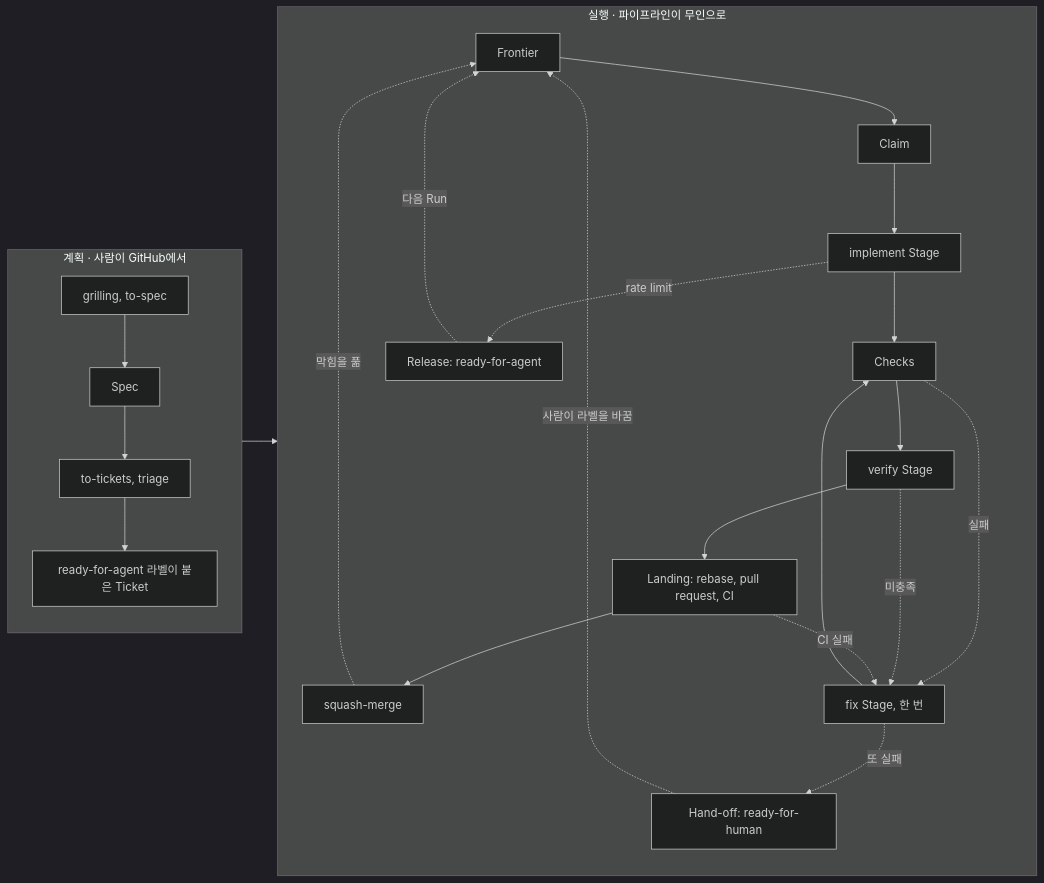
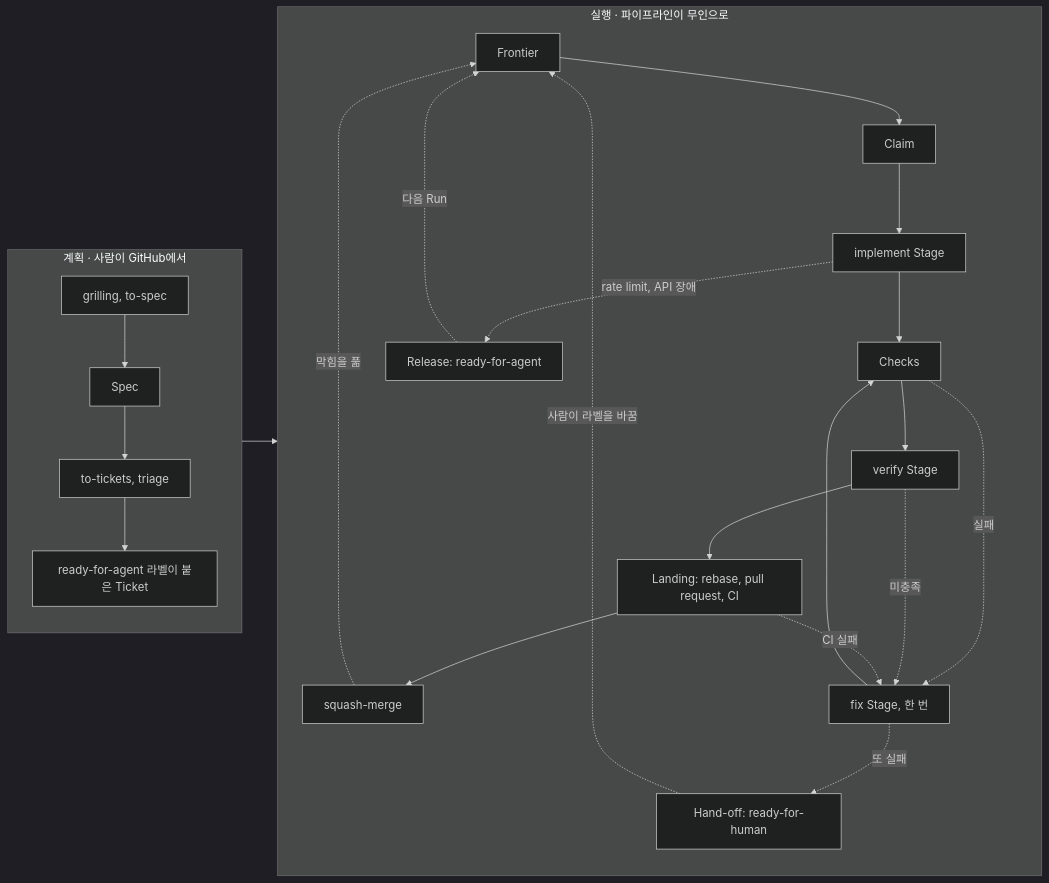
One commit to jjongs2/ticket-runner changed the diagram in wiki/ko/index.md. Above: the diagram before and after it, drawn with Mermaid (dark theme). The commit also changed other lines of this file and 30 other files, not shown here.

First line of the commit message:
fix: release on a transient API failure and say when the limit resets (#233)

````diff
--- a/wiki/ko/index.md
+++ b/wiki/ko/index.md
@@ -50,28 +50,28 @@
 ```mermaid
 flowchart LR
   subgraph Planning["계획 · 사람이 GitHub에서"]
     direction TB
     G["grilling, to-spec"] --> S[Spec]
     S --> T["to-tickets, triage"]
     T --> R["ready-for-agent 라벨이 붙은 Ticket"]
   end
   subgraph Execution["실행 · 파이프라인이 무인으로"]
     direction TB
     F[Frontier] --> C[Claim]
     C --> I[implement Stage]
     I --> K[Checks]
     K --> V[verify Stage]
     V --> L["Landing: rebase, pull request, CI"]
     L --> M[squash-merge]
     K -. 실패 .-> X["fix Stage, 한 번"]
     V -. 미충족 .-> X
     L -. CI 실패 .-> X
     X --> K
     X -. 또 실패 .-> H["Hand-off: ready-for-human"]
-    I -. rate limit .-> RL["Release: ready-for-agent"]
+    I -. rate limit, API 장애 .-> RL["Release: ready-for-agent"]
   end
   R --> F
   M -. 막힘을 풂 .-> F
   H -. 사람이 라벨을 바꿈 .-> F
   RL -. 다음 Run .-> F
 ```
````
